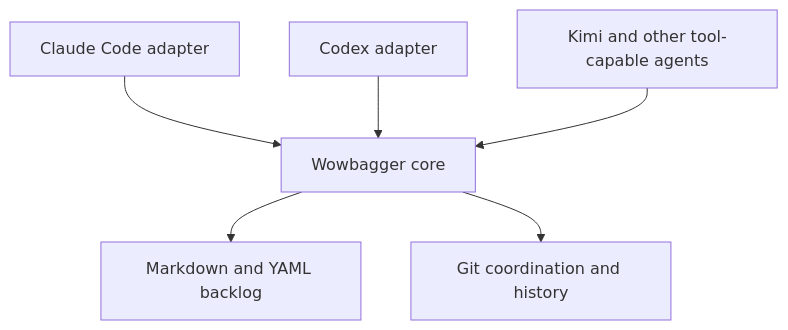
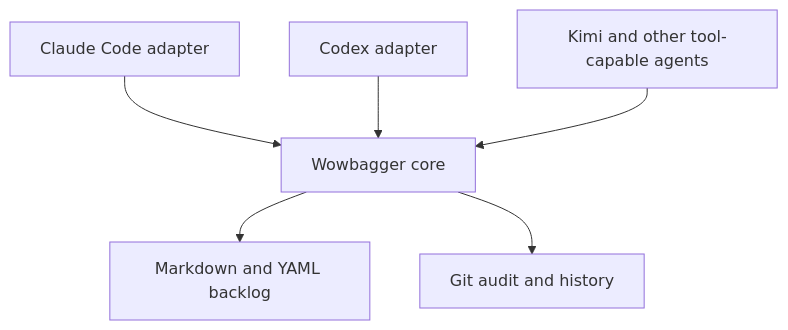
The diagram in README.md (lstutzman/wowbagger), drawn with Mermaid before and after one commit. The commit also changed other lines of this file and 36 other files, not shown here.

````diff
--- a/README.md
+++ b/README.md
@@ -53,8 +54,8 @@
 ```mermaid
 flowchart TD
     Claude[Claude Code adapter] --> Core[Wowbagger core]
     Codex[Codex adapter] --> Core
     Other[Kimi and other tool-capable agents] --> Core
     Core --> Markdown[Markdown and YAML backlog]
-    Core --> Git[Git coordination and history]
+    Core --> Git[Git audit and history]
 ```
````
